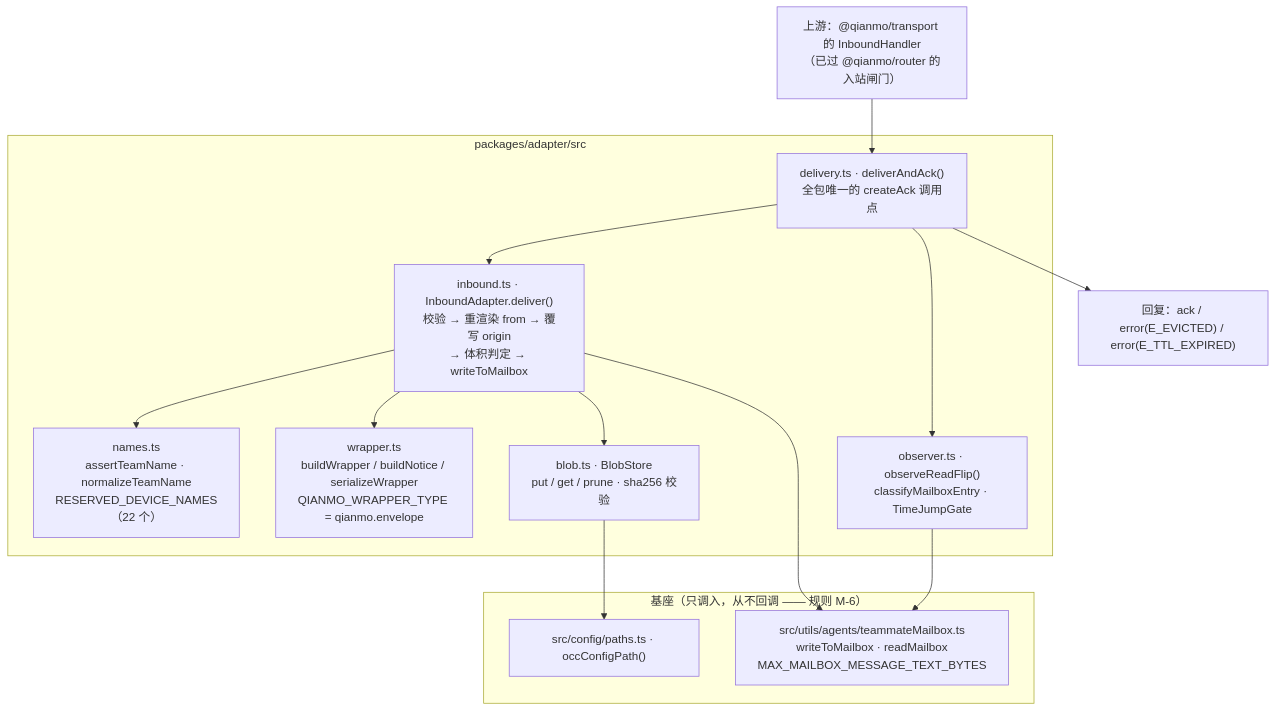
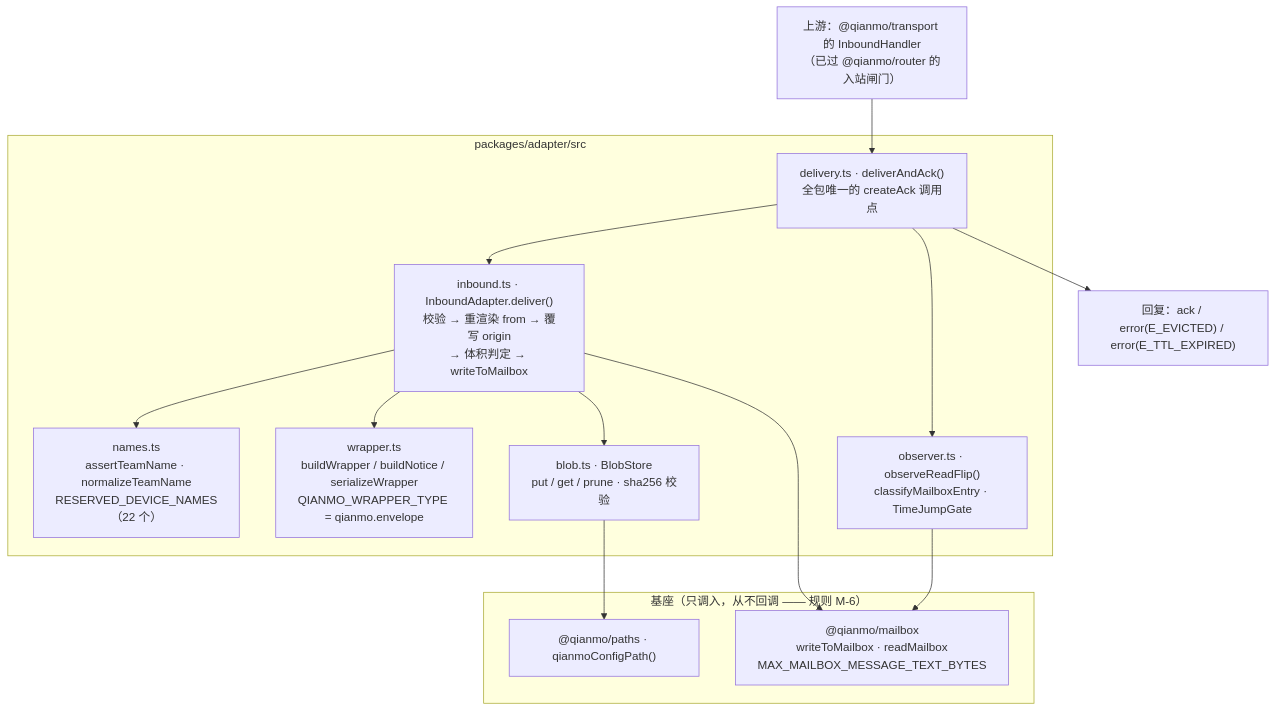
Before and after one commit to sweetcornna/atlas: the diagram in atlas/packages/adapter/README.md, drawn with Mermaid. The commit also changed other lines of this file and 61 other files, not shown here.

````diff
--- a/atlas/packages/adapter/README.md
+++ b/atlas/packages/adapter/README.md
@@ -17,31 +17,31 @@
 ```mermaid
 flowchart TD
   transport["上游：@qianmo/transport 的 InboundHandler<br/>（已过 @qianmo/router 的入站闸门）"]
 
   subgraph pkg["packages/adapter/src"]
     delivery["delivery.ts · deliverAndAck()<br/>全包唯一的 createAck 调用点"]
     inbound["inbound.ts · InboundAdapter.deliver()<br/>校验 → 重渲染 from → 覆写 origin<br/>→ 体积判定 → writeToMailbox"]
     names["names.ts<br/>assertTeamName · normalizeTeamName<br/>RESERVED_DEVICE_NAMES（22 个）"]
     wrapper["wrapper.ts<br/>buildWrapper / buildNotice / serializeWrapper<br/>QIANMO_WRAPPER_TYPE = qianmo.envelope"]
     blob["blob.ts · BlobStore<br/>put / get / prune · sha256 校验"]
     observer["observer.ts · observeReadFlip()<br/>classifyMailboxEntry · TimeJumpGate"]
   end
 
   subgraph base["基座（只调入，从不回调 —— 规则 M-6）"]
-    mailbox["src/utils/agents/teammateMailbox.ts<br/>writeToMailbox · readMailbox<br/>MAX_MAILBOX_MESSAGE_TEXT_BYTES"]
-    paths["src/config/paths.ts · occConfigPath()"]
+    mailbox["@qianmo/mailbox<br/>writeToMailbox · readMailbox<br/>MAX_MAILBOX_MESSAGE_TEXT_BYTES"]
+    paths["@qianmo/paths · qianmoConfigPath()"]
   end
 
   reply["回复：ack / error(E_EVICTED) / error(E_TTL_EXPIRED)"]
 
   transport --> delivery
   delivery --> inbound
   delivery --> observer
   inbound --> names
   inbound --> wrapper
   inbound --> blob
   inbound --> mailbox
   observer --> mailbox
   blob --> paths
   delivery --> reply
 ```
````
